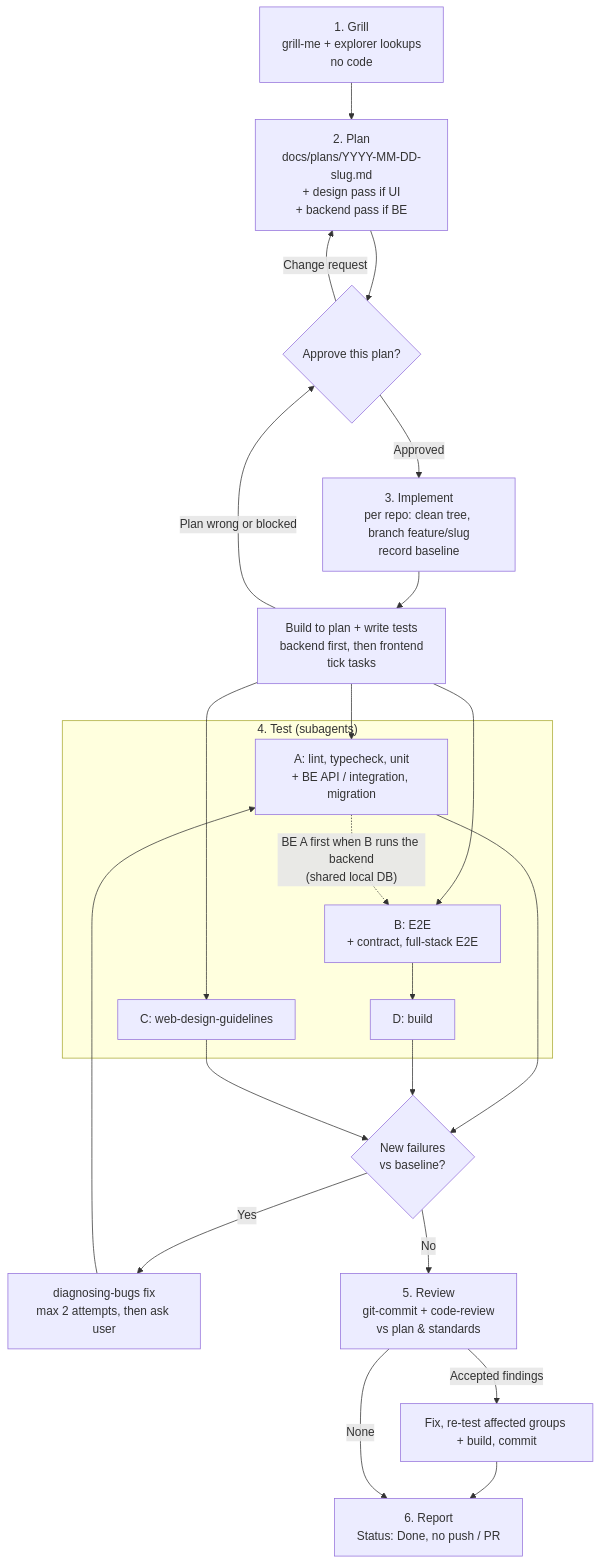
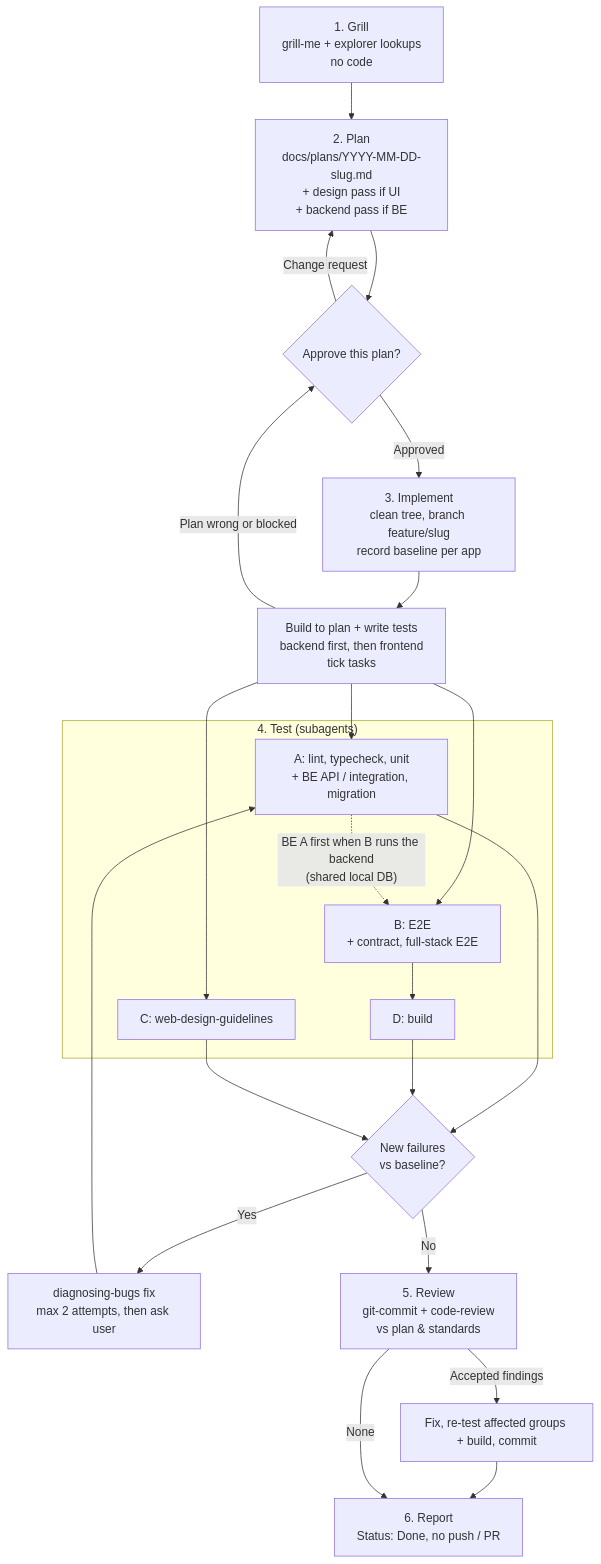
One commit to minhfi/bumno changed the second of 3 diagrams in README.md. Above: the diagram before and after it, drawn with Mermaid. The commit also changed other lines of this file and 3 other files, not shown here.

````diff
--- a/README.md
+++ b/README.md
@@ -96,24 +96,24 @@
 ```mermaid
 flowchart TD
     G["1. Grill<br/>grill-me + explorer lookups<br/>no code"] --> P["2. Plan<br/>docs/plans/YYYY-MM-DD-slug.md<br/>+ design pass if UI<br/>+ backend pass if BE"]
     P --> A{Approve this plan?}
     A -->|Change request| P
-    A -->|Approved| I1["3. Implement<br/>per repo: clean tree, branch feature/slug<br/>record baseline"]
+    A -->|Approved| I1["3. Implement<br/>clean tree, branch feature/slug<br/>record baseline per app"]
     I1 --> I2[Build to plan + write tests<br/>backend first, then frontend<br/>tick tasks]
     I2 -->|Plan wrong or blocked| A
     I2 --> TA & TB & TC
     subgraph T4 ["4. Test (subagents)"]
         TA[A: lint, typecheck, unit<br/>+ BE API / integration, migration]
         TB[B: E2E<br/>+ contract, full-stack E2E]
         TC[C: web-design-guidelines]
         TA -.->|"BE A first when B runs the backend<br/>(shared local DB)"| TB
         TB --> TD[D: build]
     end
     TA & TD & TC --> R{New failures<br/>vs baseline?}
     R -->|Yes| DB[diagnosing-bugs fix<br/>max 2 attempts, then ask user]
     DB --> TA
     R -->|No| RV["5. Review<br/>git-commit + code-review<br/>vs plan & standards"]
     RV -->|Accepted findings| FX[Fix, re-test affected groups + build, commit]
     FX --> RP
     RV -->|None| RP["6. Report<br/>Status: Done, no push / PR"]
 ```
````
